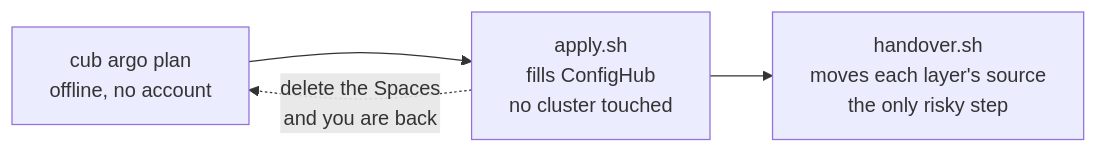
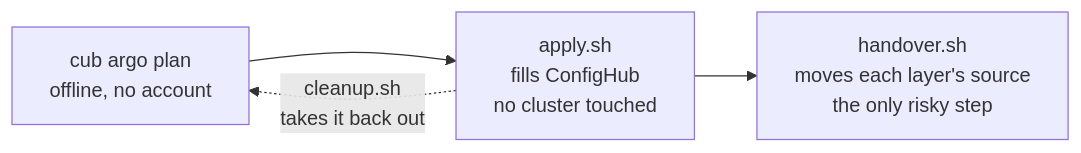
One commit to confighub/examples changed the first of 6 diagrams in cub-argo/docs/onboard-your-argo-estate.md. Above: the diagram before and after it, drawn with Mermaid. The commit also changed other lines of this file and 4 other files, not shown here.

````diff
--- a/cub-argo/docs/onboard-your-argo-estate.md
+++ b/cub-argo/docs/onboard-your-argo-estate.md
@@ -10,6 +10,6 @@
 ```mermaid
 flowchart LR
   p["cub argo plan<br/>offline, no account"] --> a["apply.sh<br/>fills ConfigHub<br/>no cluster touched"]
   a --> h["handover.sh<br/>moves each layer's source<br/>the only risky step"]
-  a -.->|"delete the Spaces<br/>and you are back"| p
+  a -.->|"cleanup.sh<br/>takes it back out"| p
 ```
````
